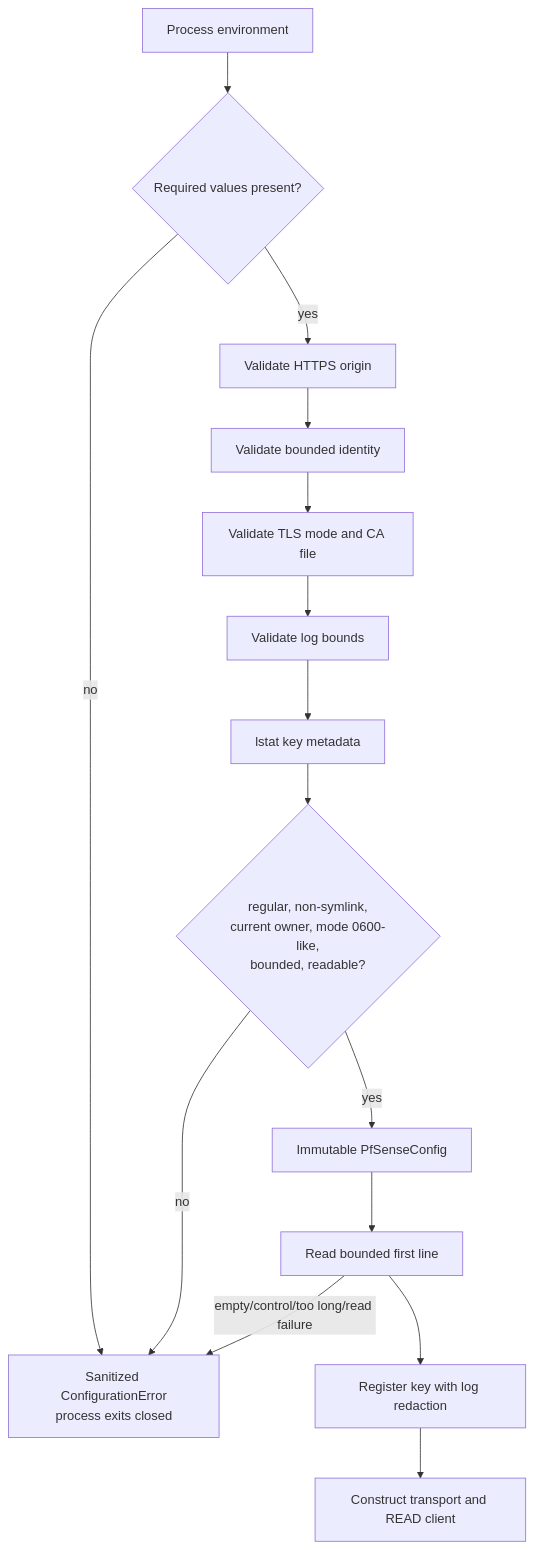
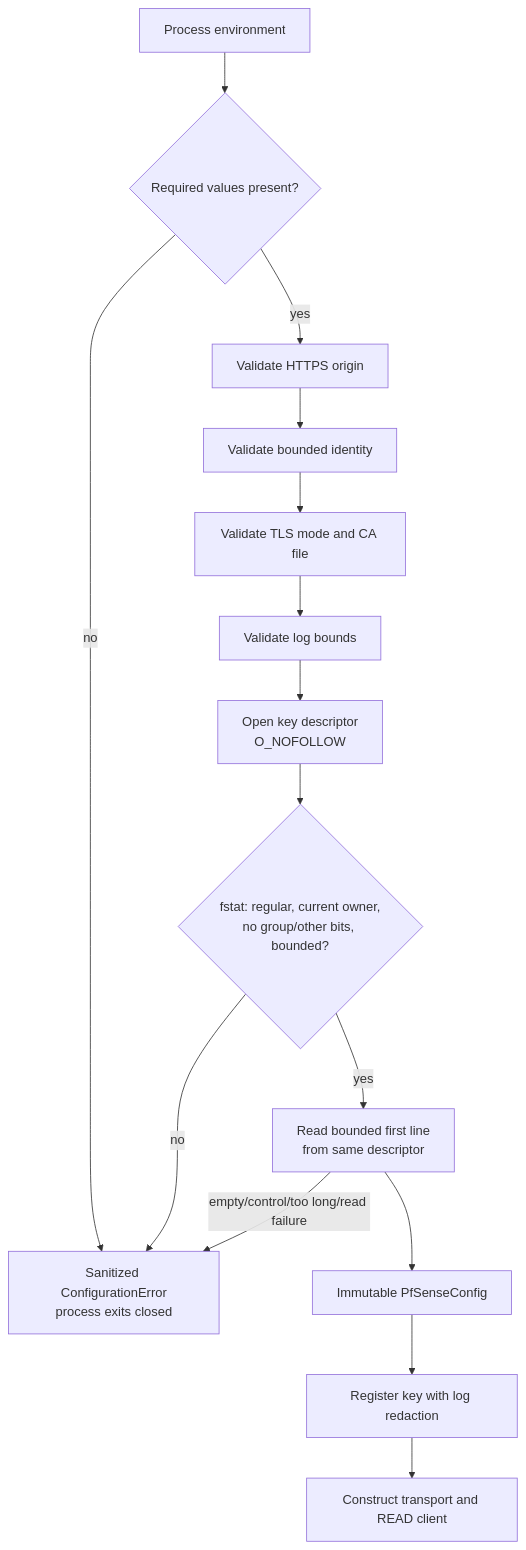
Before and after one commit to night4me/pfsense-mcp-server: the fourth of 8 diagrams in docs/ARCHITECTURE_DIAGRAMS.md, drawn with Mermaid. The commit also changed other lines of this file and 13 other files, not shown here.

Commit message:
docs(tier1): establish v0.3.0 safety architecture

````diff
--- a/docs/ARCHITECTURE_DIAGRAMS.md
+++ b/docs/ARCHITECTURE_DIAGRAMS.md
@@ -78,17 +79,17 @@
 ```mermaid
 flowchart TD
     Env[Process environment] --> Required{Required values present?}
     Required -->|no| Fail[Sanitized ConfigurationError\nprocess exits closed]
     Required -->|yes| URL[Validate HTTPS origin]
     URL --> Identity[Validate bounded identity]
     Identity --> TLS[Validate TLS mode and CA file]
     TLS --> Logs[Validate log bounds]
-    Logs --> KeyMeta[lstat key metadata]
-    KeyMeta --> KeyChecks{regular, non-symlink,\ncurrent owner, mode 0600-like,\nbounded, readable?}
+    Logs --> KeyOpen[Open key descriptor\nO_NOFOLLOW]
+    KeyOpen --> KeyChecks{fstat: regular, current owner,\nno group/other bits, bounded?}
     KeyChecks -->|no| Fail
-    KeyChecks -->|yes| Config[Immutable PfSenseConfig]
-    Config --> KeyRead[Read bounded first line]
+    KeyChecks -->|yes| KeyRead[Read bounded first line\nfrom same descriptor]
     KeyRead -->|empty/control/too long/read failure| Fail
-    KeyRead --> SecretFilter[Register key with log redaction]
+    KeyRead --> Config[Immutable PfSenseConfig]
+    Config --> SecretFilter[Register key with log redaction]
     SecretFilter --> Factory[Construct transport and READ client]
 ```
````
